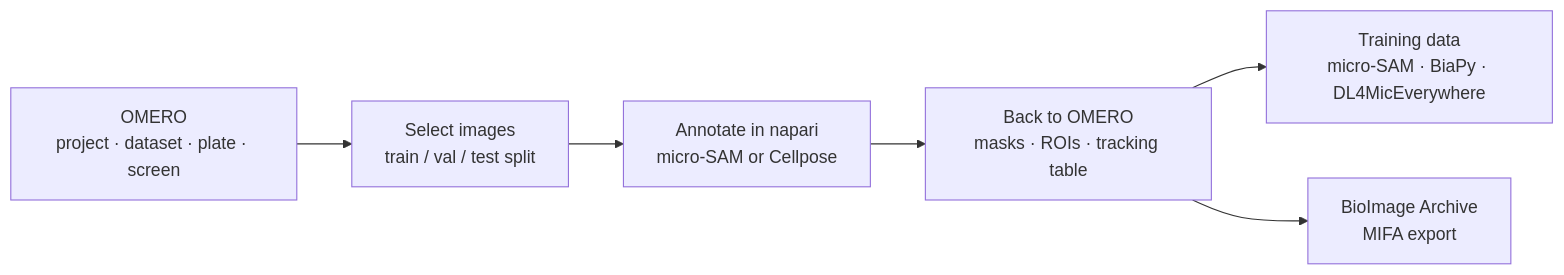
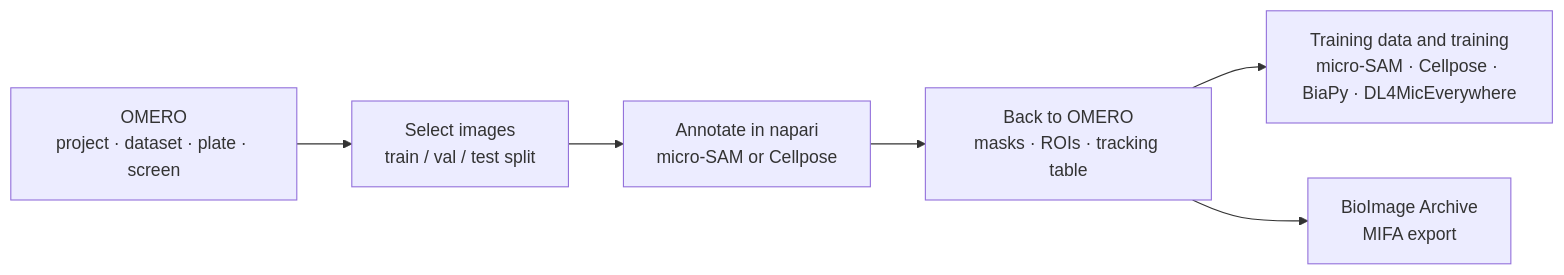
Before and after one commit to Leiden-Cell-Observatory/omero_annotate_ai: the diagram in README.md, drawn with Mermaid. The commit also changed other lines of this file and 7 other files, not shown here.

First line of the commit message:
Docs: the training-data format as a contract; train() and the CLI

````diff
--- a/README.md
+++ b/README.md
@@ -29,8 +29,8 @@
 ```mermaid
 flowchart LR
     A[OMERO<br/>project · dataset · plate · screen] --> B[Select images<br/>train / val / test split]
     B --> C[Annotate in napari<br/>micro-SAM or Cellpose]
     C --> D[Back to OMERO<br/>masks · ROIs · tracking table]
-    D --> E[Training data<br/>micro-SAM · BiaPy · DL4MicEverywhere]
+    D --> E[Training data and training<br/>micro-SAM · Cellpose · BiaPy · DL4MicEverywhere]
     D --> F[BioImage Archive<br/>MIFA export]
 ```
````
